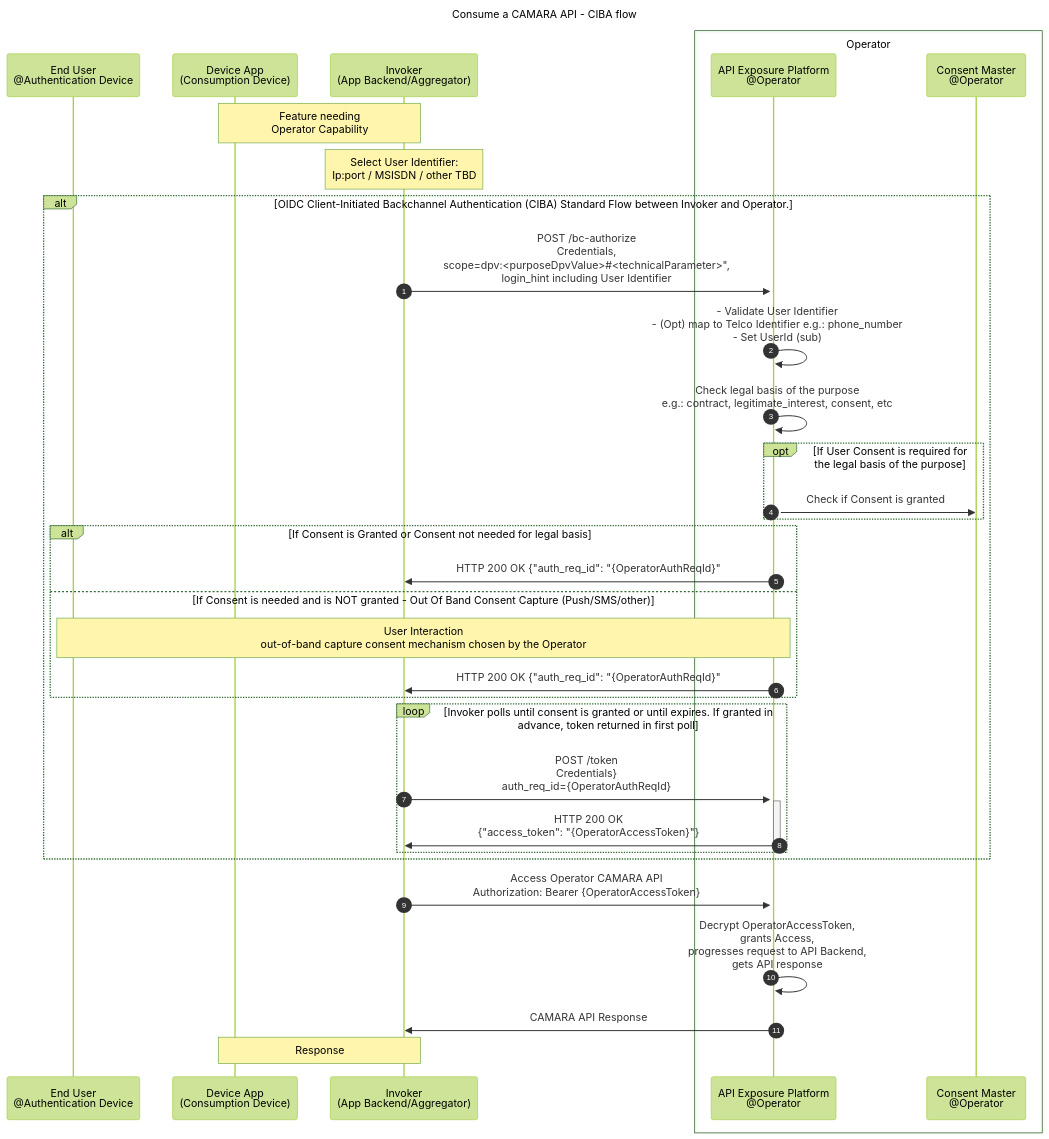
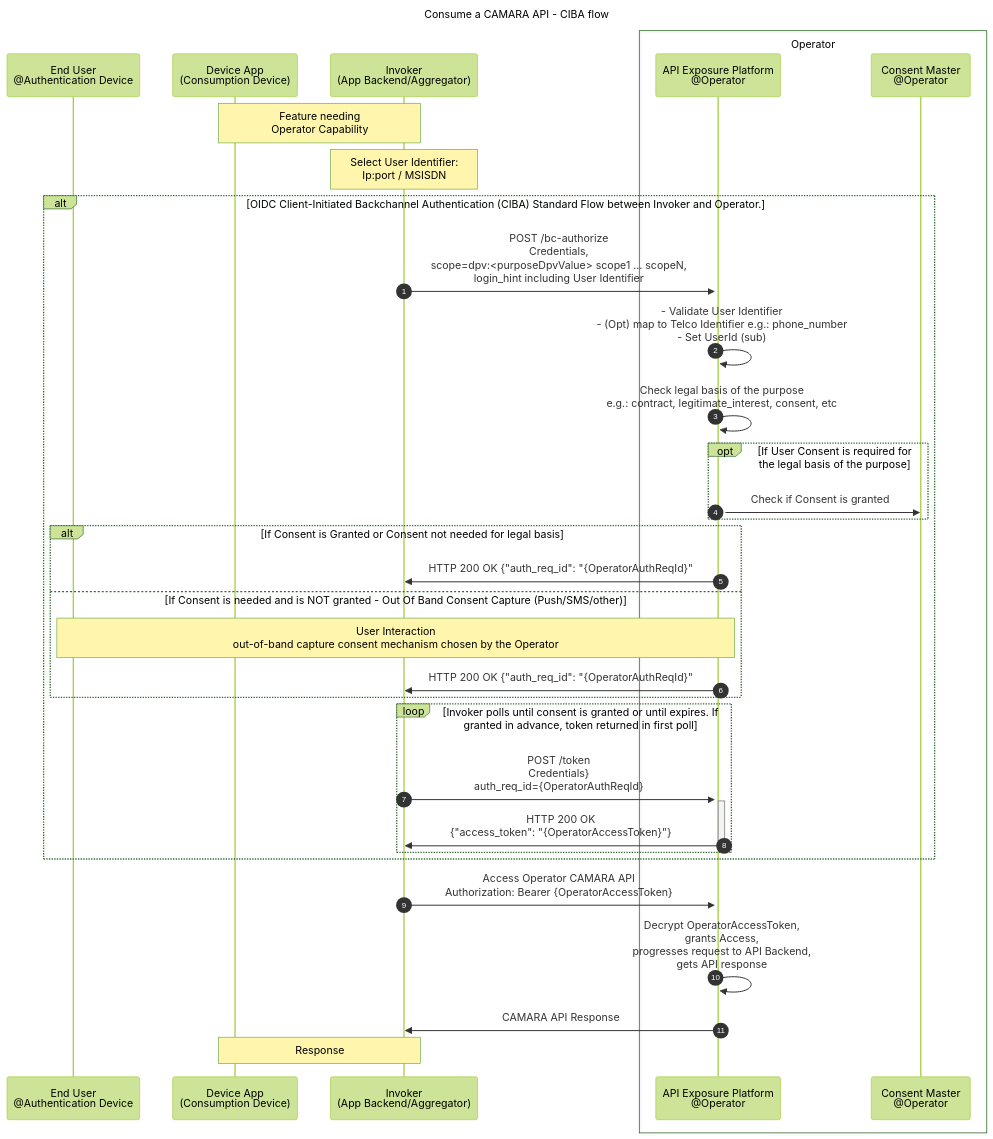
Before and after one commit to camaraproject/IdentityAndConsentManagement: the second of 2 diagrams in documentation/CAMARA-API-access-and-user-consent.md, drawn with Mermaid (forest theme). The commit also changed other lines of this file, not shown here.

Commit message:
CAMARA-API-access-and-user-consent.md aligment with profile doc

````diff
--- a/documentation/CAMARA-API-access-and-user-consent.md
+++ b/documentation/CAMARA-API-access-and-user-consent.md
@@ -245,38 +192,38 @@
 ```mermaid
 sequenceDiagram
 autonumber
 title Consume a CAMARA API - CIBA flow
 participant User as End User<br>@Authentication Device
 participant FE as Device App<br> (Consumption Device)
 participant BE as Invoker<br>(App Backend/Aggregator)  
 box Operator
   participant ExpO as API Exposure Platform<br>@Operator  
   participant Consent as Consent Master<br>@Operator
 end
 
 Note over FE,BE: Feature needing<br>Operator Capability  
-Note over BE: Select User Identifier:<br> Ip:port / MSISDN / other TBD  
+Note over BE: Select User Identifier:<br> Ip:port / MSISDN  
 
 alt OIDC Client-Initiated Backchannel Authentication (CIBA) Standard Flow between Invoker and Operator.
-  BE->>+ExpO: POST /bc-authorize<br> Credentials,<br>scope=dpv:<purposeDpvValue>#35;<technicalParameter>",<br>login_hint including User Identifier    
+  BE->>+ExpO: POST /bc-authorize<br> Credentials,<br>scope=dpv:<purposeDpvValue> scope1 ... scopeN,<br>login_hint including User Identifier    
   ExpO->>ExpO: - Validate User Identifier<br>- (Opt) map to Telco Identifier e.g.: phone_number<br>- Set UserId (sub)  
   ExpO->>ExpO: Check legal basis of the purpose<br> e.g.: contract, legitimate_interest, consent, etc  
   opt If User Consent is required for the legal basis of the purpose  
     ExpO->>Consent: Check if Consent is granted
   end
   alt If Consent is Granted or Consent not needed for legal basis   
     ExpO->>BE: HTTP 200 OK {"auth_req_id": "{OperatorAuthReqId}"  
   else If Consent is needed and is NOT granted - Out Of Band Consent Capture (Push/SMS/other)
     Note over ExpO,User: User Interaction <br> out-of-band capture consent mechanism chosen by the Operator
     ExpO->>BE: HTTP 200 OK {"auth_req_id": "{OperatorAuthReqId}"
   end
   loop Invoker polls until consent is granted or until expires. If granted in advance, token returned in first poll
     BE->>+ExpO: POST /token <br>Credentials}<br>auth_req_id={OperatorAuthReqId}    
     ExpO->>-BE: HTTP 200 OK <br>{"access_token": "{OperatorAccessToken}"} 
   end  
 end
 BE->>ExpO: Access Operator CAMARA API <br> Authorization: Bearer {OperatorAccessToken}    
 ExpO->>ExpO: Decrypt OperatorAccessToken,<br>grants Access,<br>progresses request to API Backend,<br>gets API response  
 ExpO->>BE: CAMARA API Response
 Note over BE,FE: Response
 ```
````
